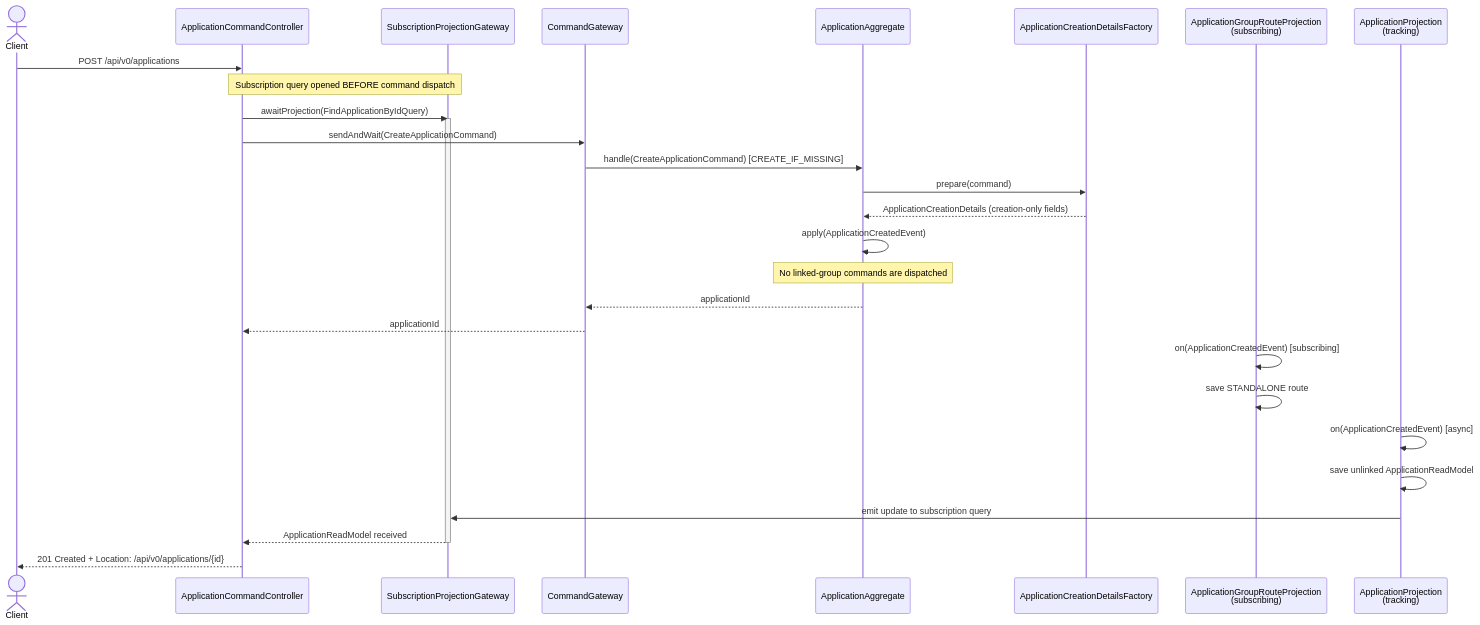
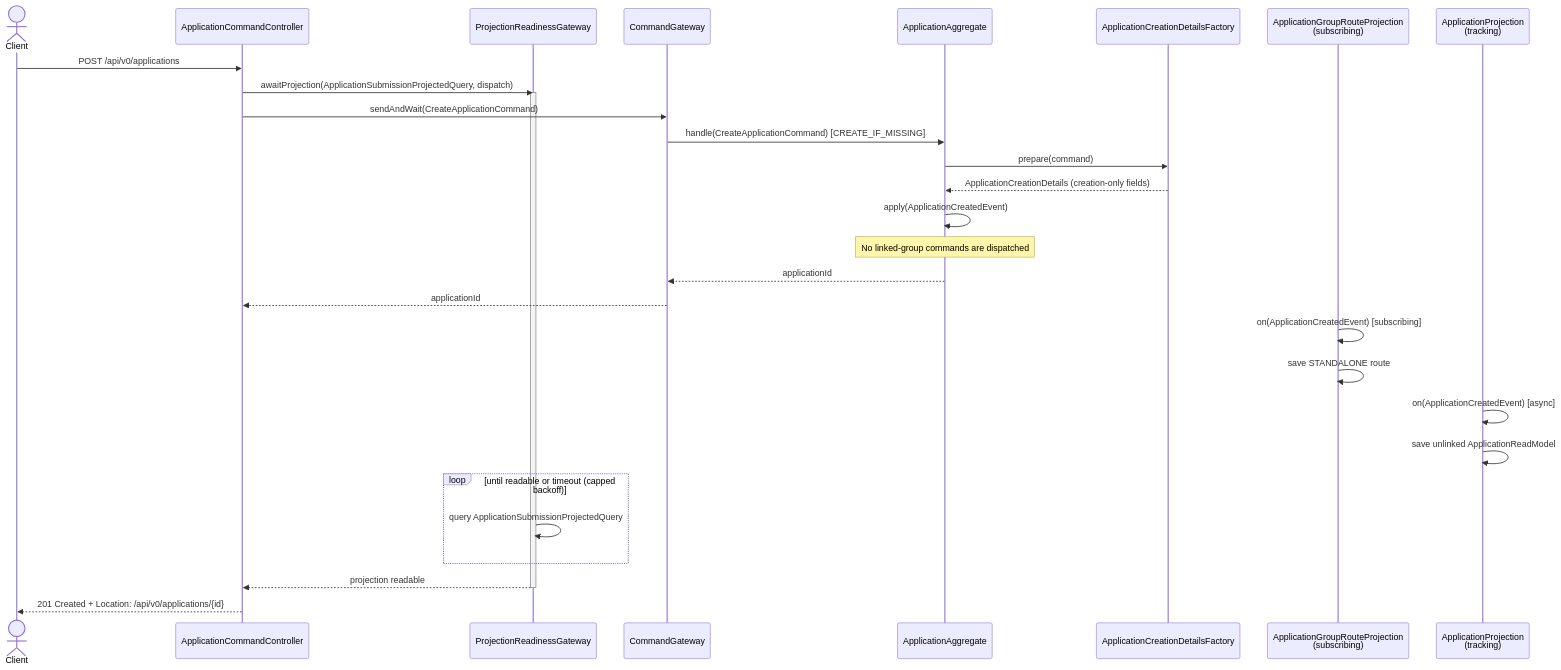
Before and after one commit to ministryofjustice/laa-data-access-api: the diagram in data-access-service-axon/docs/sequence-diagrams/01-standalone-application-creation.md, drawn with Mermaid. The commit also changed 6 other files, not shown here.

First line of the commit message:
docs(axon): Documented polling-based projection readiness

````diff
--- a/data-access-service-axon/docs/sequence-diagrams/01-standalone-application-creation.md
+++ b/data-access-service-axon/docs/sequence-diagrams/01-standalone-application-creation.md
@@ -6,37 +6,39 @@
 ```mermaid
 sequenceDiagram
     actor Client
     participant Controller as ApplicationCommandController
-    participant SubGateway as SubscriptionProjectionGateway
+    participant ReadinessGateway as ProjectionReadinessGateway
     participant CmdGateway as CommandGateway
     participant AppAggregate as ApplicationAggregate
     participant Factory as ApplicationCreationDetailsFactory
     participant RouteProjection as ApplicationGroupRouteProjection<br/>(subscribing)
     participant Projection as ApplicationProjection<br/>(tracking)
 
     Client->>Controller: POST /api/v0/applications
 
-    Note over Controller,SubGateway: Subscription query opened BEFORE command dispatch
-    Controller->>SubGateway: awaitProjection(FindApplicationByIdQuery)
-    activate SubGateway
+    Controller->>ReadinessGateway: awaitProjection(ApplicationSubmissionProjectedQuery, dispatch)
+    activate ReadinessGateway
 
     Controller->>CmdGateway: sendAndWait(CreateApplicationCommand)
     CmdGateway->>AppAggregate: handle(CreateApplicationCommand) [CREATE_IF_MISSING]
     AppAggregate->>Factory: prepare(command)
     Factory-->>AppAggregate: ApplicationCreationDetails (creation-only fields)
     AppAggregate->>AppAggregate: apply(ApplicationCreatedEvent)
     Note over AppAggregate: No linked-group commands are dispatched
 
     AppAggregate-->>CmdGateway: applicationId
     CmdGateway-->>Controller: applicationId
 
     RouteProjection->>RouteProjection: on(ApplicationCreatedEvent) [subscribing]
     RouteProjection->>RouteProjection: save STANDALONE route
     Projection->>Projection: on(ApplicationCreatedEvent) [async]
     Projection->>Projection: save unlinked ApplicationReadModel
-    Projection->>SubGateway: emit update to subscription query
 
-    SubGateway-->>Controller: ApplicationReadModel received
-    deactivate SubGateway
+    loop until readable or timeout (capped backoff)
+        ReadinessGateway->>ReadinessGateway: query ApplicationSubmissionProjectedQuery
+    end
+
+    ReadinessGateway-->>Controller: projection readable
+    deactivate ReadinessGateway
     Controller-->>Client: 201 Created + Location: /api/v0/applications/{id}
 ```
````
